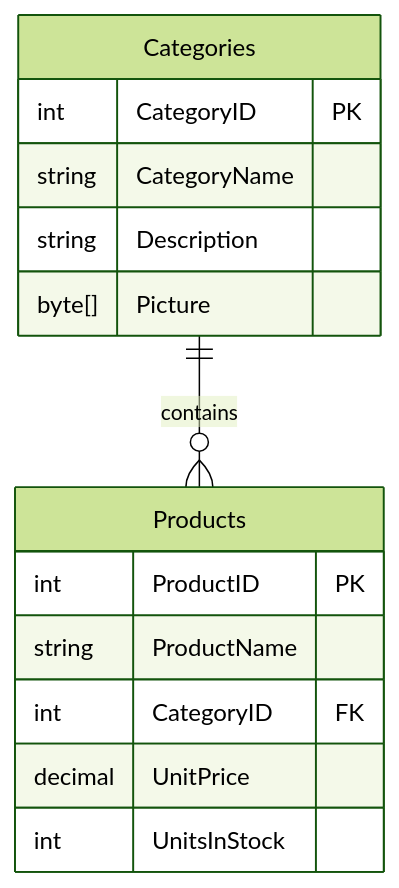
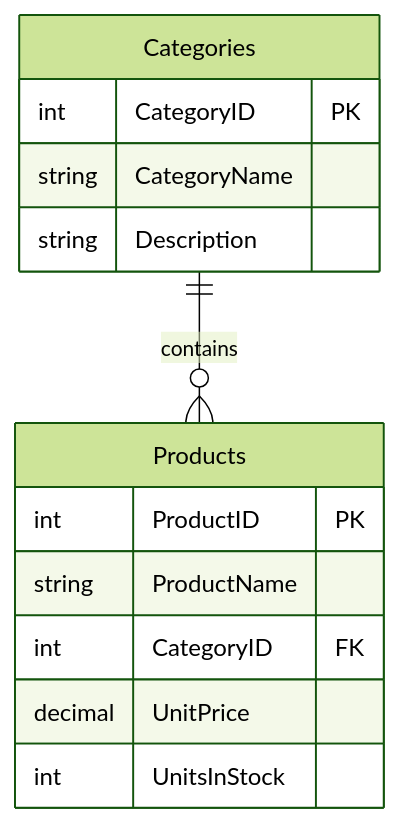
One commit to vvidov/dabBaseReactDemo changed the fourth of 4 diagrams in README.md. Above: the diagram before and after it, drawn with Mermaid (forest theme). The commit also changed other lines of this file and 3 other files, not shown here.

````diff
--- a/README.md
+++ b/README.md
@@ -167,17 +167,16 @@
 ```mermaid
 erDiagram
     Categories ||--o{ Products : contains
     Categories {
         int CategoryID PK
         string CategoryName
         string Description
-        byte[] Picture
     }
     Products {
         int ProductID PK
         string ProductName
         int CategoryID FK
         decimal UnitPrice
         int UnitsInStock
     }
 ```
````
